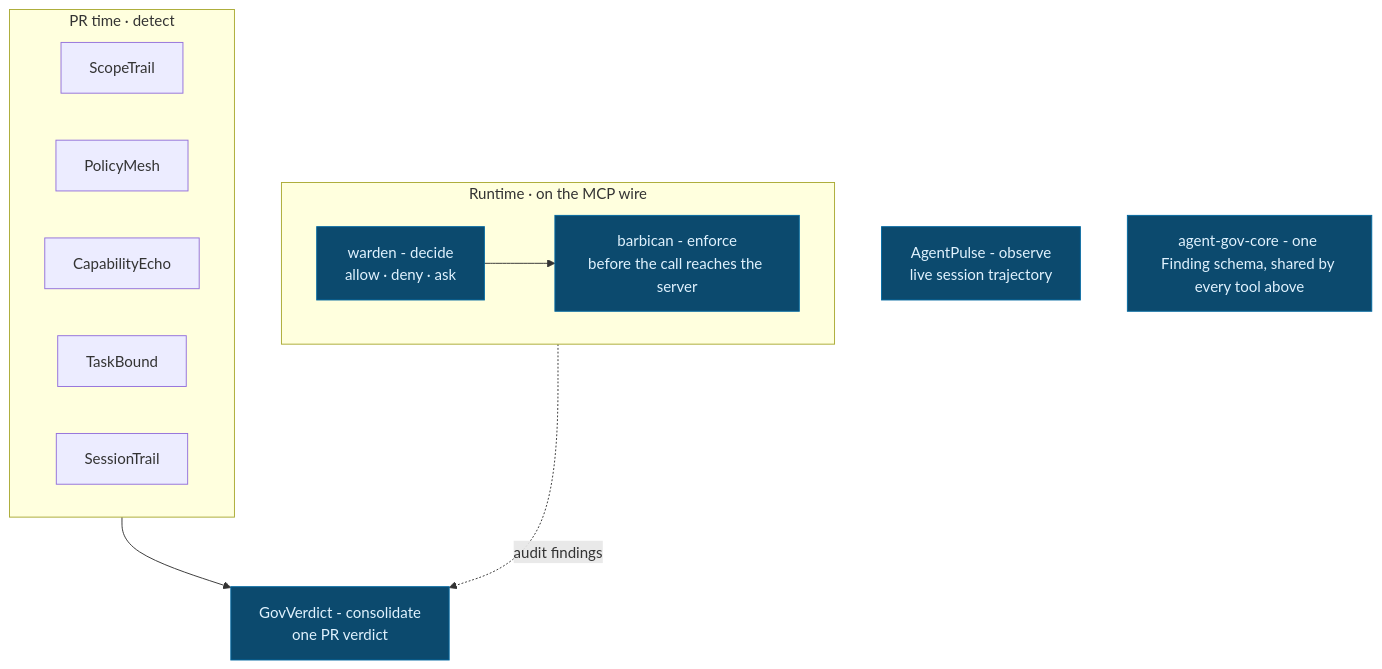
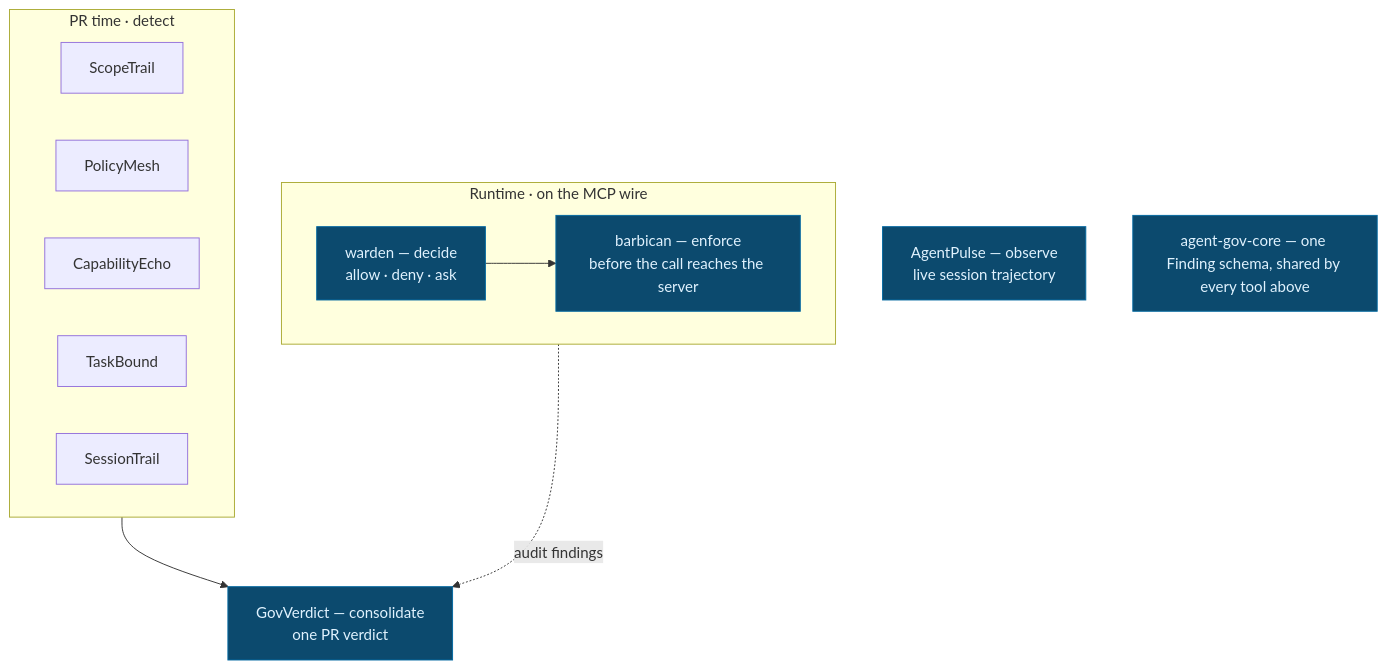
One commit to Conalh/Conalh changed the diagram in README.md. Above: the diagram before and after it, drawn with Mermaid. The commit also changed other lines of this file, not shown here.

````diff
--- a/README.md
+++ b/README.md
@@ -30,21 +46,21 @@
 ```mermaid
 flowchart TB
     subgraph runtime["Runtime · on the MCP wire"]
       direction LR
-      warden["warden - decide<br/>allow · deny · ask"] --> barbican["barbican - enforce<br/>before the call reaches the server"]
+      warden["warden — decide<br/>allow · deny · ask"] --> barbican["barbican — enforce<br/>before the call reaches the server"]
     end
     subgraph detect["PR time · detect"]
       ScopeTrail
       PolicyMesh
       CapabilityEcho
       TaskBound
       SessionTrail
     end
-    detect --> GovVerdict["GovVerdict - consolidate<br/>one PR verdict"]
+    detect --> GovVerdict["GovVerdict — consolidate<br/>one PR verdict"]
     barbican -.->|audit findings| GovVerdict
-    AgentPulse["AgentPulse - observe<br/>live session trajectory"]
-    core["agent-gov-core - one Finding schema, shared by every tool above"]
+    AgentPulse["AgentPulse — observe<br/>live session trajectory"]
+    core["agent-gov-core — one Finding schema, shared by every tool above"]
 
     classDef hl fill:#0c4a6e,stroke:#0369a1,color:#e0f2fe
     class warden,barbican,GovVerdict,AgentPulse,core hl
 ```
````
